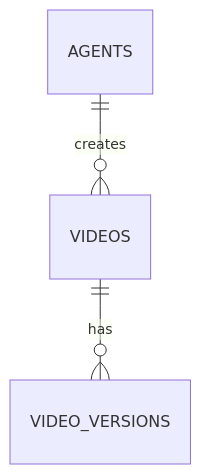
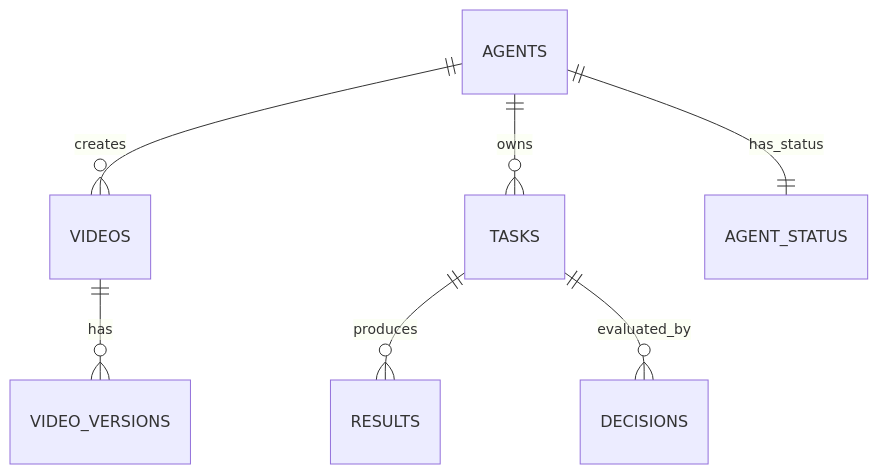
One commit to kidane-gebremedhin/project-chimera changed the diagram in specs/technical.md. Above: the diagram before and after it, drawn with Mermaid. The commit also changed other lines of this file and 11 other files, not shown here.

````diff
--- a/specs/technical.md
+++ b/specs/technical.md
@@ -76,5 +114,11 @@
 ```mermaid
 erDiagram
     AGENTS ||--o{ VIDEOS : creates
     VIDEOS ||--o{ VIDEO_VERSIONS : has
+
+    AGENTS ||--o{ TASKS : owns
+    TASKS  ||--o{ RESULTS   : produces
+    TASKS  ||--o{ DECISIONS : evaluated_by
+
+    AGENTS ||--|| AGENT_STATUS : has_status
 ```
````
